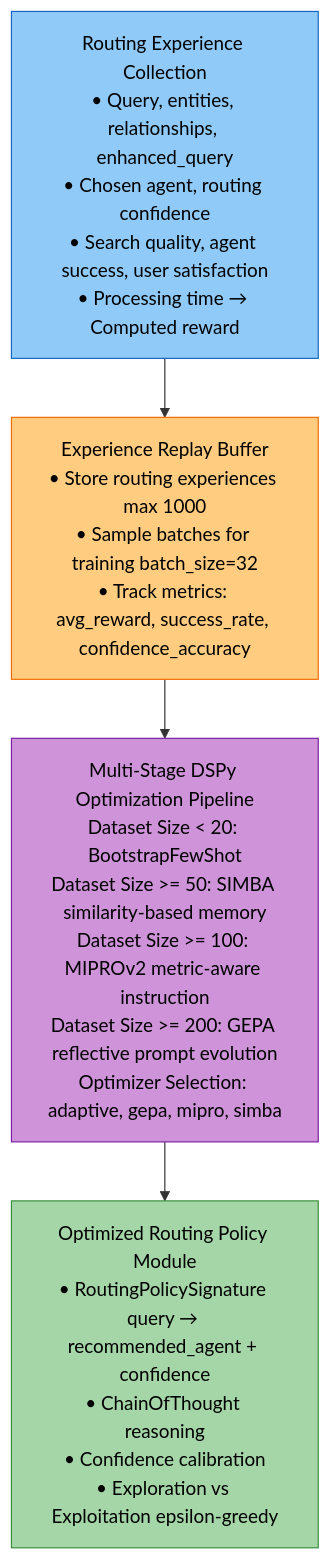
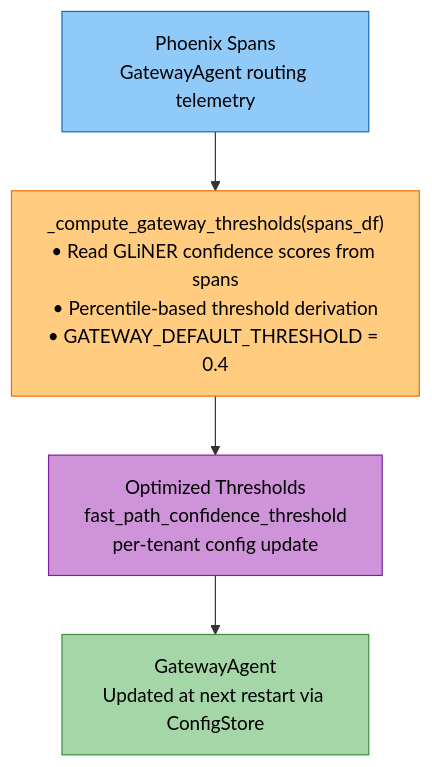
The second of 4 diagrams in docs/modules/optimization.md (amit-jain/cogniverse), drawn with Mermaid before and after one commit. The commit also changed other lines of this file and 107 other files, not shown here.

````diff
--- a/docs/modules/optimization.md
+++ b/docs/modules/optimization.md
@@ -104,15 +104,15 @@
 ```mermaid
 flowchart TB
-    Collection["<span style='color:#000'>Routing Experience Collection<br/>• Query, entities, relationships, enhanced_query<br/>• Chosen agent, routing confidence<br/>• Search quality, agent success, user satisfaction<br/>• Processing time → Computed reward</span>"]
+    Phoenix["<span style='color:#000'>Phoenix Spans<br/>GatewayAgent routing telemetry</span>"]
 
-    Collection --> Buffer["<span style='color:#000'>Experience Replay Buffer<br/>• Store routing experiences max 1000<br/>• Sample batches for training batch_size=32<br/>• Track metrics: avg_reward, success_rate, confidence_accuracy</span>"]
+    Phoenix --> Compute["<span style='color:#000'>_compute_gateway_thresholds(spans_df)<br/>• Read GLiNER confidence scores from spans<br/>• Percentile-based threshold derivation<br/>• GATEWAY_DEFAULT_THRESHOLD = 0.4</span>"]
 
-    Buffer --> Pipeline["<span style='color:#000'>Multi-Stage DSPy Optimization Pipeline<br/>Dataset Size < 20: BootstrapFewShot<br/>Dataset Size >= 50: SIMBA similarity-based memory<br/>Dataset Size >= 100: MIPROv2 metric-aware instruction<br/>Dataset Size >= 200: GEPA reflective prompt evolution<br/>Optimizer Selection: adaptive, gepa, mipro, simba</span>"]
+    Compute --> Thresholds["<span style='color:#000'>Optimized Thresholds<br/>fast_path_confidence_threshold<br/>per-tenant config update</span>"]
 
-    Pipeline --> Policy["<span style='color:#000'>Optimized Routing Policy Module<br/>• RoutingPolicySignature query → recommended_agent + confidence<br/>• ChainOfThought reasoning<br/>• Confidence calibration<br/>• Exploration vs Exploitation epsilon-greedy</span>"]
+    Thresholds --> Gateway["<span style='color:#000'>GatewayAgent<br/>Updated at next restart via ConfigStore</span>"]
 
-    style Collection fill:#90caf9,stroke:#1565c0,color:#000
-    style Buffer fill:#ffcc80,stroke:#ef6c00,color:#000
-    style Pipeline fill:#ce93d8,stroke:#7b1fa2,color:#000
-    style Policy fill:#a5d6a7,stroke:#388e3c,color:#000
+    style Phoenix fill:#90caf9,stroke:#1565c0,color:#000
+    style Compute fill:#ffcc80,stroke:#ef6c00,color:#000
+    style Thresholds fill:#ce93d8,stroke:#7b1fa2,color:#000
+    style Gateway fill:#a5d6a7,stroke:#388e3c,color:#000
 ```
````
